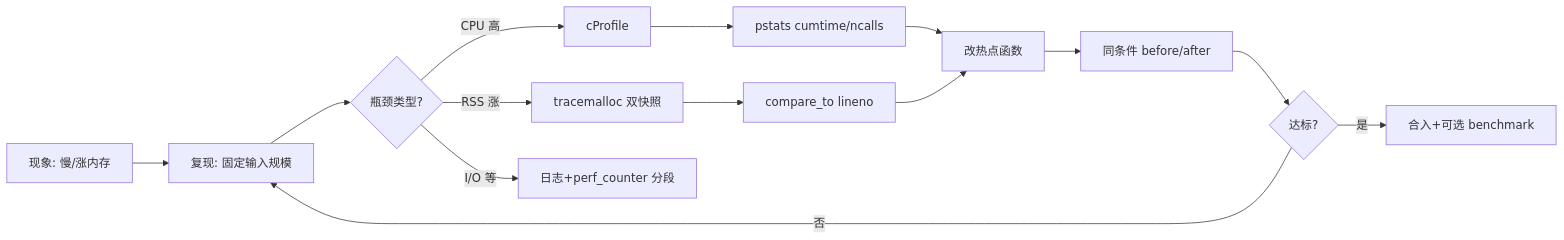
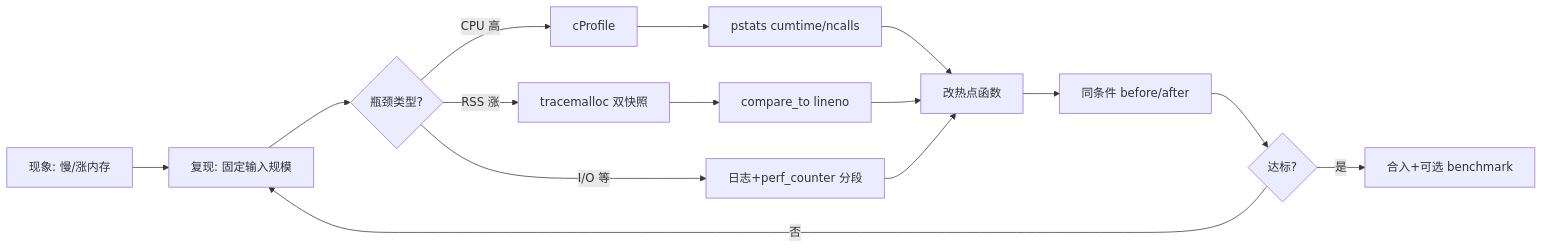
The first of 3 diagrams in 05-开发能力/02-Python/13-性能与内存排查/知识点.md (ml-cuizijun/LearnToLilith), drawn with Mermaid before and after one commit. The commit also changed other lines of this file and 178 other files, not shown here.

````diff
--- a/05-开发能力/02-Python/13-性能与内存排查/知识点.md
+++ b/05-开发能力/02-Python/13-性能与内存排查/知识点.md
@@ -79,16 +88,17 @@
 ```mermaid
 flowchart LR
     A[现象: 慢/涨内存] --> B[复现: 固定输入规模]
     B --> C{瓶颈类型?}
     C -->|CPU 高| D[cProfile]
     C -->|RSS 涨| E[tracemalloc 双快照]
     C -->|I/O 等| F[日志+perf_counter 分段]
     D --> G[pstats cumtime/ncalls]
     E --> H[compare_to lineno]
     G --> I[改热点函数]
     H --> I
+    F --> I
     I --> J[同条件 before/after]
     J --> K{达标?}
     K -->|否| B
     K -->|是| L[合入+可选 benchmark]
 ```
````
